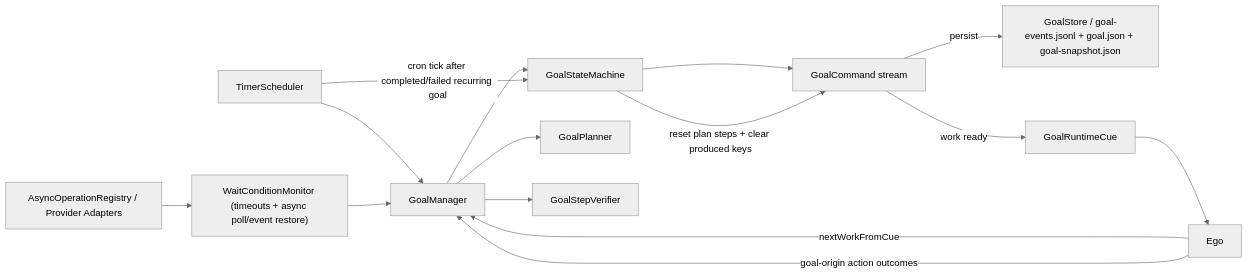
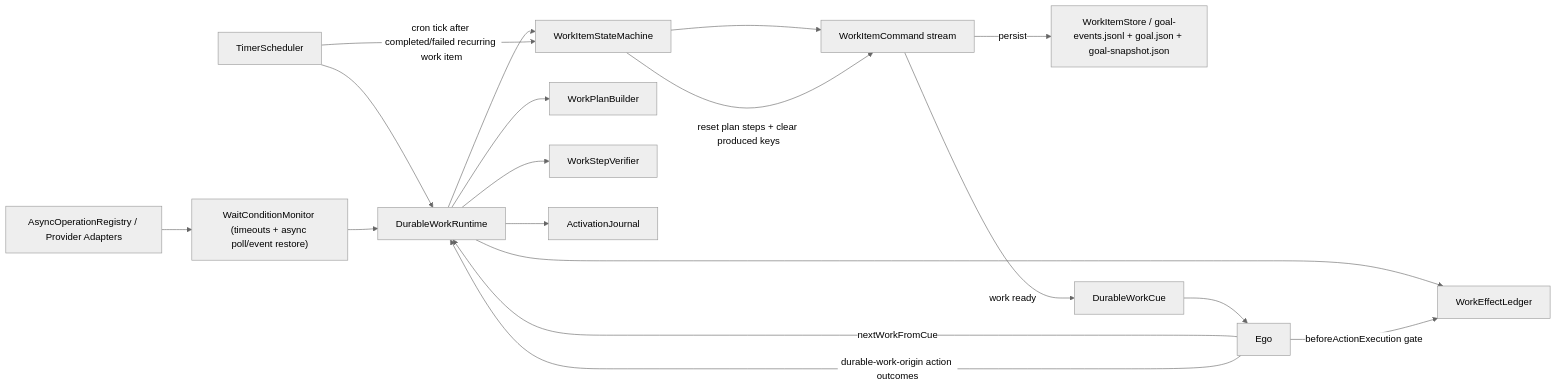
One commit to neopsyke/NeoPsyke changed the fifth of 8 diagrams in AGENT_LOGIC_DIAGRAM.md. Above: the diagram before and after it, drawn with Mermaid (neutral theme). The commit also changed other lines of this file and 139 other files, not shown here.

First line of the commit message:
refactor(durablework)!: implement phase-1 durable work runtime

````diff
--- a/AGENT_LOGIC_DIAGRAM.md
+++ b/AGENT_LOGIC_DIAGRAM.md
@@ -399,17 +399,20 @@
 ```mermaid
 flowchart LR
-    TS["TimerScheduler"] --> PM["GoalManager"]
+    TS["TimerScheduler"] --> PM["DurableWorkRuntime"]
     WM["WaitConditionMonitor (timeouts + async poll/event restore)"] --> PM
     AOR["AsyncOperationRegistry / Provider Adapters"] --> WM
-    PM --> PSM["GoalStateMachine"]
-    PM --> PP["GoalPlanner"]
-    PM --> PV["GoalStepVerifier"]
-    PSM --> PCS["GoalCommand stream"]
-    PCS -->|persist| Store["GoalStore / goal-events.jsonl + goal.json + goal-snapshot.json"]
-    PCS -->|work ready| Sig["GoalRuntimeCue"]
-    TS -->|"cron tick after completed/failed recurring goal"| PSM
+    PM --> PSM["WorkItemStateMachine"]
+    PM --> PP["WorkPlanBuilder"]
+    PM --> PV["WorkStepVerifier"]
+    PM --> AJ["ActivationJournal"]
+    PM --> EL["WorkEffectLedger"]
+    PSM --> PCS["WorkItemCommand stream"]
+    PCS -->|persist| Store["WorkItemStore / goal-events.jsonl + goal.json + goal-snapshot.json"]
+    PCS -->|work ready| Sig["DurableWorkCue"]
+    TS -->|"cron tick after completed/failed recurring work item"| PSM
     PSM -->|"reset plan steps + clear produced keys"| PCS
     Sig --> Ego["Ego"]
     Ego -->|nextWorkFromCue| PM
-    Ego -->|goal-origin action outcomes| PM
+    Ego -->|durable-work-origin action outcomes| PM
+    Ego -->|beforeActionExecution gate| EL
 ```
````
